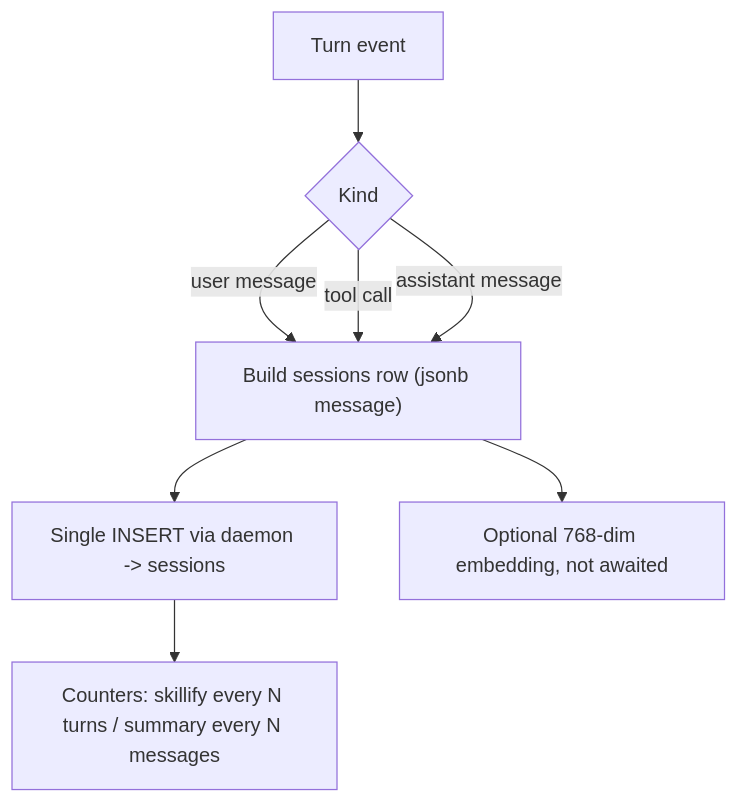
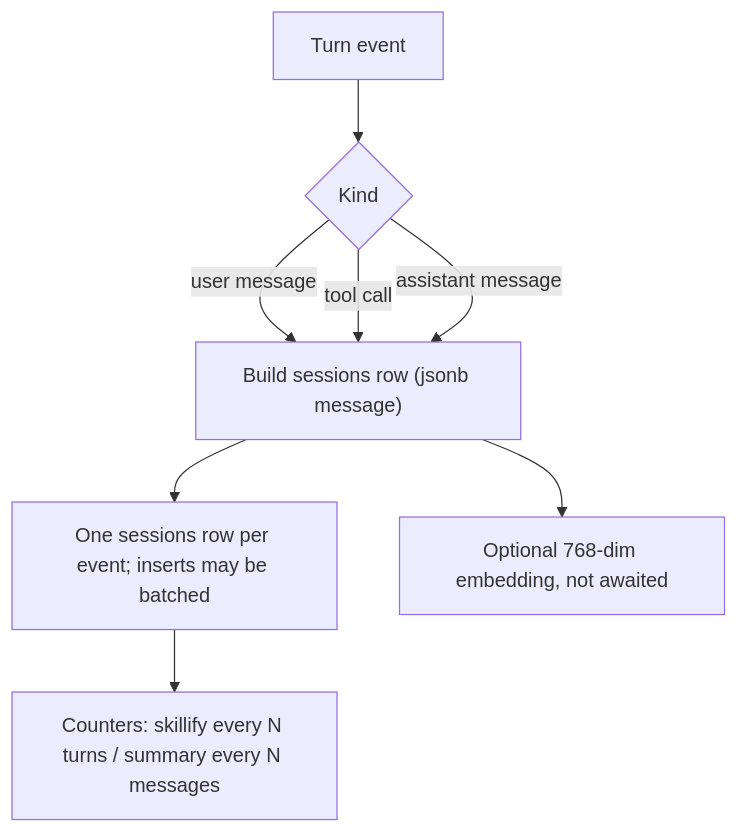
Before and after one commit to legioncodeinc/honeycomb: the diagram in library/knowledge/private/ai/session-capture.md, drawn with Mermaid. The commit also changed 43 other files, not shown here.

````diff
--- a/library/knowledge/private/ai/session-capture.md
+++ b/library/knowledge/private/ai/session-capture.md
@@ -39,10 +39,10 @@
 ```mermaid
 flowchart TD
     event["Turn event"] --> kind{"Kind"}
     kind -->|user message| row["Build sessions row (jsonb message)"]
     kind -->|tool call| row
     kind -->|assistant message| row
-    row --> insert["Single INSERT via daemon -> sessions"]
+    row --> insert["One sessions row per event; inserts may be batched"]
     row --> embed["Optional 768-dim embedding, not awaited"]
     insert --> triggers["Counters: skillify every N turns / summary every N messages"]
 ```
````
